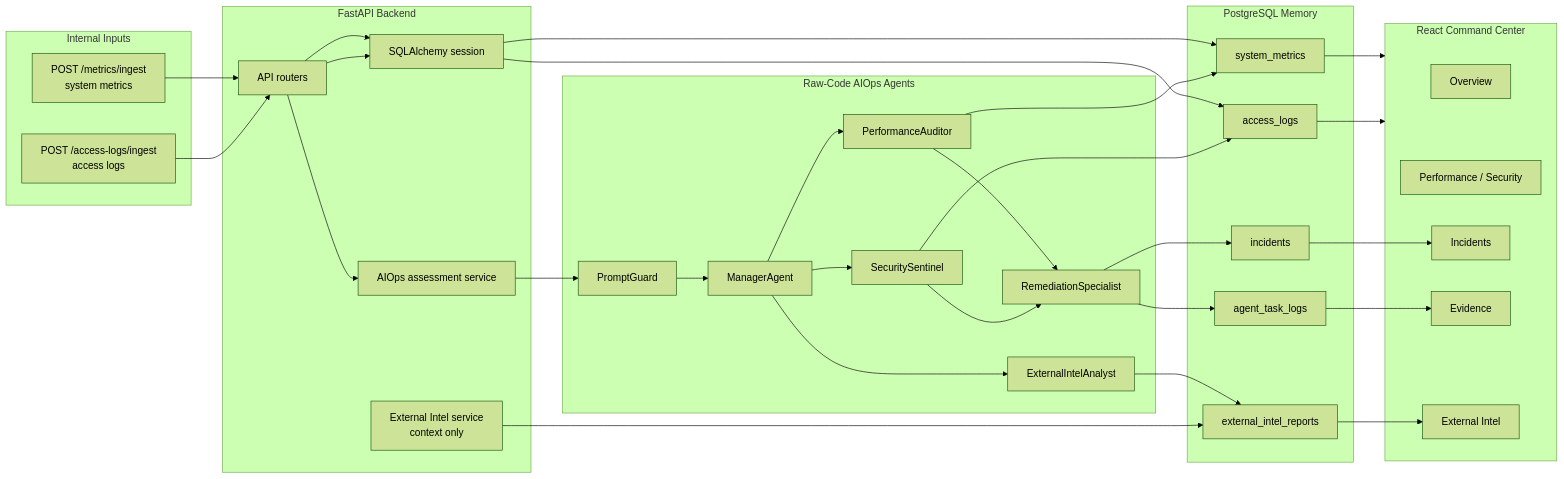
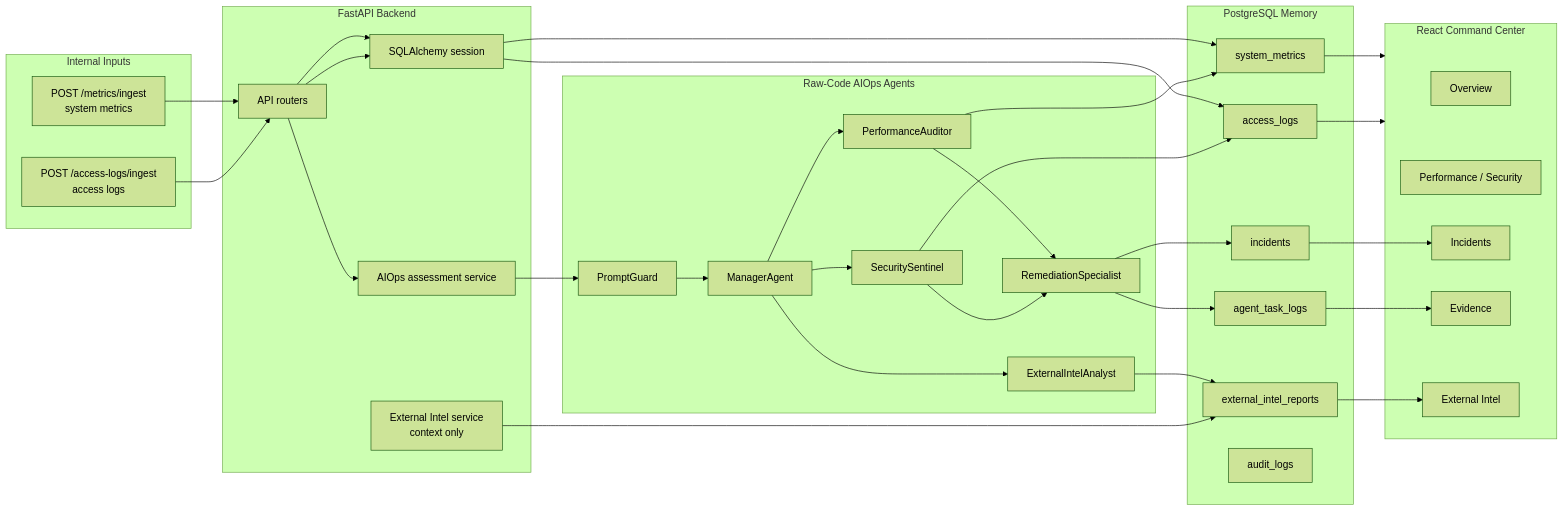
Before and after one commit to mazin04-a11y/secure-saas-aiops-monitoring: the first of 6 diagrams in README.md, drawn with Mermaid (forest theme). The commit also changed other lines of this file and 15 other files, not shown here.

````diff
--- a/README.md
+++ b/README.md
@@ -307,56 +325,57 @@
 ```mermaid
 flowchart LR
     subgraph INPUT["Internal Inputs"]
         METRIC["POST /metrics/ingest<br/>system metrics"]
         ACCESS["POST /access-logs/ingest<br/>access logs"]
     end
 
     subgraph API["FastAPI Backend"]
         ROUTES["API routers"]
         DBSESSION["SQLAlchemy session"]
         ASSESS["AIOps assessment service"]
         EXT["External Intel service<br/>context only"]
     end
 
     subgraph DATA["PostgreSQL Memory"]
         M1[system_metrics]
         M2[access_logs]
         M3[incidents]
         M4[agent_task_logs]
         M5[external_intel_reports]
+        M6[audit_logs]
     end
 
     subgraph AGENTS["Raw-Code AIOps Agents"]
         GUARD["PromptGuard"]
         MANAGER["ManagerAgent"]
         PERF["PerformanceAuditor"]
         SEC["SecuritySentinel"]
         INTEL["ExternalIntelAnalyst"]
         REMED["RemediationSpecialist"]
     end
 
     subgraph UI["React Command Center"]
         OVERVIEW["Overview"]
         DASH["Performance / Security"]
         INCIDENTS["Incidents"]
         EVIDENCE["Evidence"]
         CONTEXT["External Intel"]
     end
 
     METRIC --> ROUTES --> DBSESSION --> M1
     ACCESS --> ROUTES --> DBSESSION --> M2
     ROUTES --> ASSESS --> GUARD --> MANAGER
     MANAGER --> PERF --> M1
     MANAGER --> SEC --> M2
     MANAGER --> INTEL --> M5
     PERF --> REMED
     SEC --> REMED
     REMED --> M3
     REMED --> M4
     EXT --> M5
     M1 --> UI
     M2 --> UI
     M3 --> INCIDENTS
     M4 --> EVIDENCE
     M5 --> CONTEXT
 ```
````
